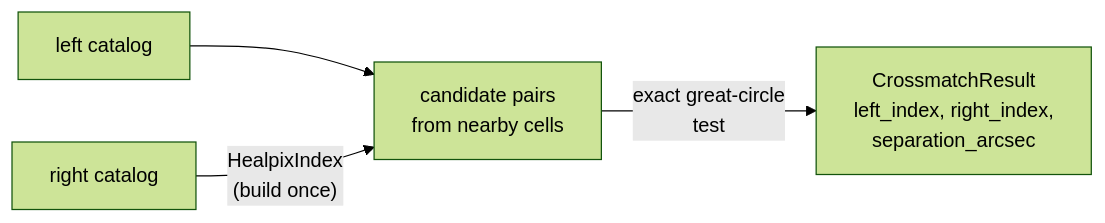
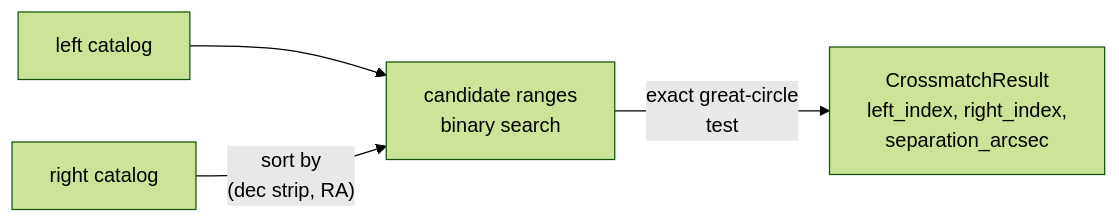
Before and after one commit to astroai/torchsky: the diagram in docs/catalogs/index.md, drawn with Mermaid (forest theme). The commit also changed other lines of this file and 29 other files, not shown here.

````diff
--- a/docs/catalogs/index.md
+++ b/docs/catalogs/index.md
@@ -19,6 +21,6 @@
 ```mermaid
 flowchart LR
-    L["left catalog"] --> C["candidate pairs<br/>from nearby cells"]
-    R["right catalog"] -->|"HealpixIndex<br/>(build once)"| C
+    L["left catalog"] --> C["candidate ranges<br/>binary search"]
+    R["right catalog"] -->|"sort by<br/>(dec strip, RA)"| C
     C -->|"exact great-circle<br/>test"| M["CrossmatchResult<br/>left_index, right_index,<br/>separation_arcsec"]
 ```
````
